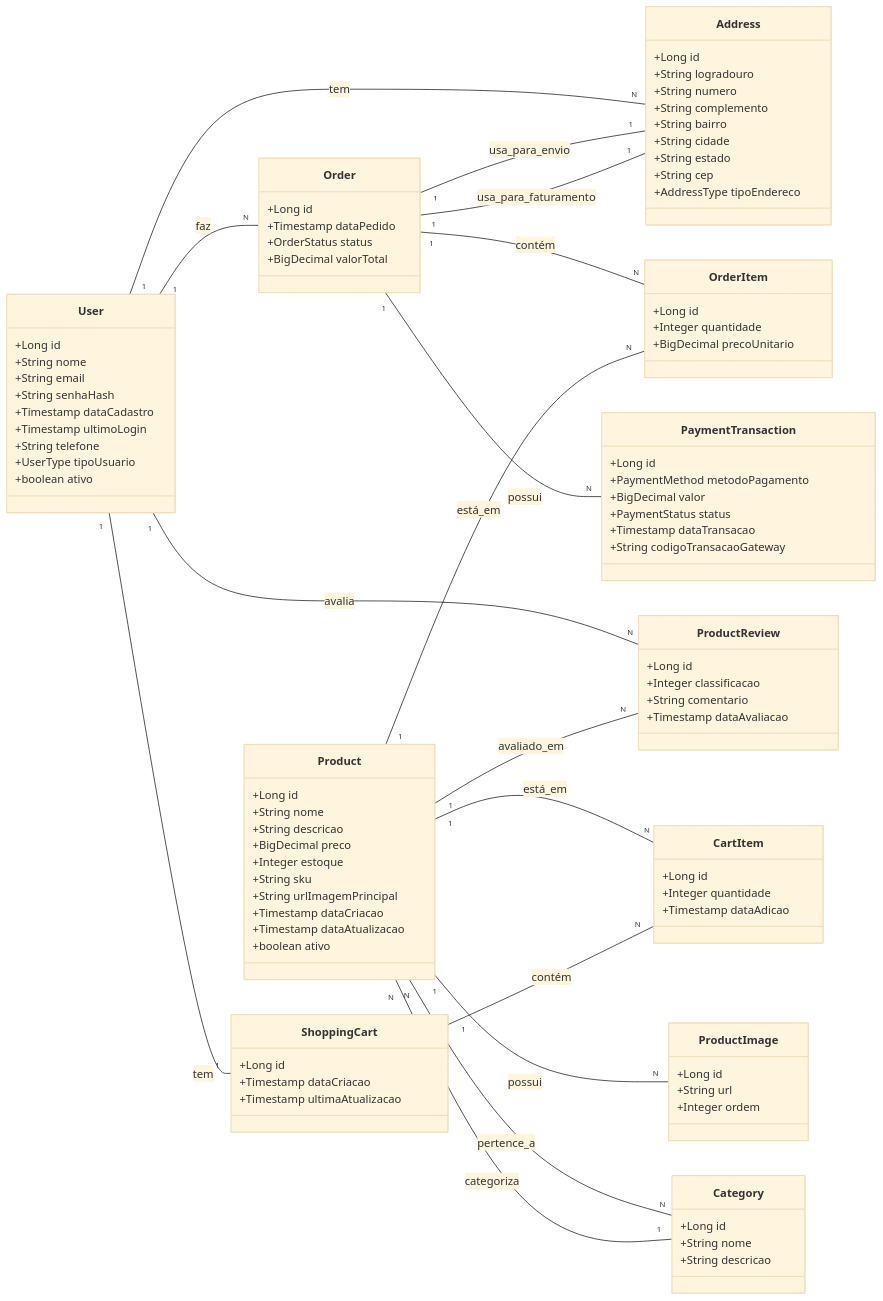
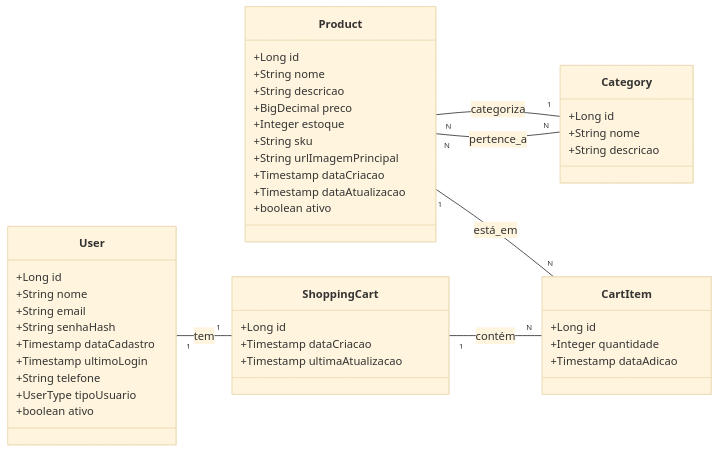
Before and after one commit to JonhL9/e-commerce-api: the diagram in README.md, drawn with Mermaid (base theme).

```diff
--- a/README.md
+++ b/README.md
@@ -14,18 +14,6 @@
         +String telefone
         +UserType tipoUsuario
         +boolean ativo
-    }
-
-    class Address {
-        +Long id
-        +String logradouro
-        +String numero
-        +String complemento
-        +String bairro
-        +String cidade
-        +String estado
-        +String cep
-        +AddressType tipoEndereco
     }
 
     class Product {
@@ -47,41 +35,6 @@
         +String descricao
     }
 
-    class ProductImage {
-        +Long id
-        +String url
-        +Integer ordem
-    }
-
-    class ProductReview {
-        +Long id
-        +Integer classificacao
-        +String comentario
-        +Timestamp dataAvaliacao
-    }
-
-    class Order {
-        +Long id
-        +Timestamp dataPedido
-        +OrderStatus status
-        +BigDecimal valorTotal
-    }
-
-    class OrderItem {
-        +Long id
-        +Integer quantidade
-        +BigDecimal precoUnitario
-    }
-
-    class PaymentTransaction {
-        +Long id
-        +PaymentMethod metodoPagamento
-        +BigDecimal valor
-        +PaymentStatus status
-        +Timestamp dataTransacao
-        +String codigoTransacaoGateway
-    }
-
     class ShoppingCart {
         +Long id
         +Timestamp dataCriacao
@@ -95,19 +48,9 @@
     }
 
     %% Relacionamentos
-    User "1" -- "N" Address : tem
-    User "1" -- "N" Order : faz
-    User "1" -- "N" ProductReview : avalia
+
     User "1" -- "1" ShoppingCart : tem
 
-    Order "1" -- "N" OrderItem : contém
-    Order "1" -- "N" PaymentTransaction : possui
-    Order "1" -- "1" Address : usa_para_envio
-    Order "1" -- "1" Address : usa_para_faturamento
-
-    Product "1" -- "N" ProductImage : possui
-    Product "1" -- "N" ProductReview : avaliado_em
-    Product "1" -- "N" OrderItem : está_em
     Product "1" -- "N" CartItem : está_em
 
     Category "1" -- "N" Product : categoriza
```
